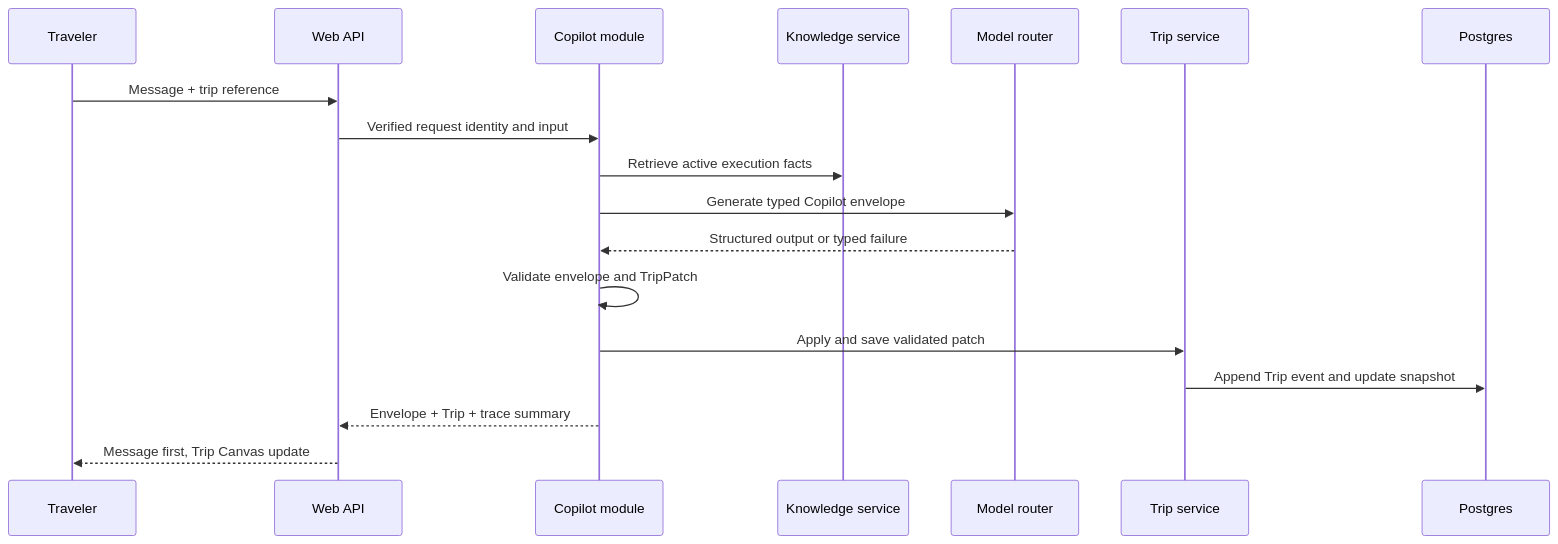
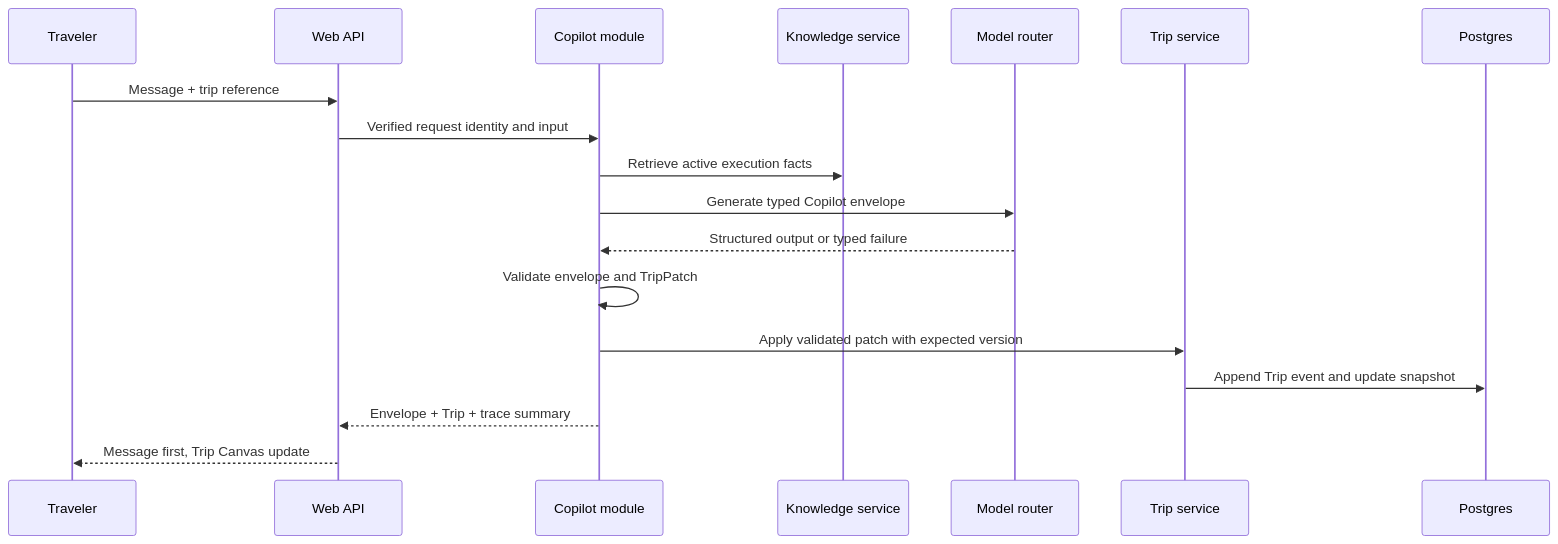
One commit to JTCAO515/VP-Final changed the first of 3 diagrams in docs/architecture/runtime-data-flows.md. Above: the diagram before and after it, drawn with Mermaid. The commit also changed other lines of this file and 33 other files, not shown here.

````diff
--- a/docs/architecture/runtime-data-flows.md
+++ b/docs/architecture/runtime-data-flows.md
@@ -5,21 +5,21 @@
 ```mermaid
 sequenceDiagram
   participant U as Traveler
   participant W as Web API
   participant C as Copilot module
   participant K as Knowledge service
   participant M as Model router
   participant T as Trip service
   participant D as Postgres
 
   U->>W: Message + trip reference
   W->>C: Verified request identity and input
   C->>K: Retrieve active execution facts
   C->>M: Generate typed Copilot envelope
   M-->>C: Structured output or typed failure
   C->>C: Validate envelope and TripPatch
-  C->>T: Apply and save validated patch
+  C->>T: Apply validated patch with expected version
   T->>D: Append Trip event and update snapshot
   C-->>W: Envelope + Trip + trace summary
   W-->>U: Message first, Trip Canvas update
 ```
````
